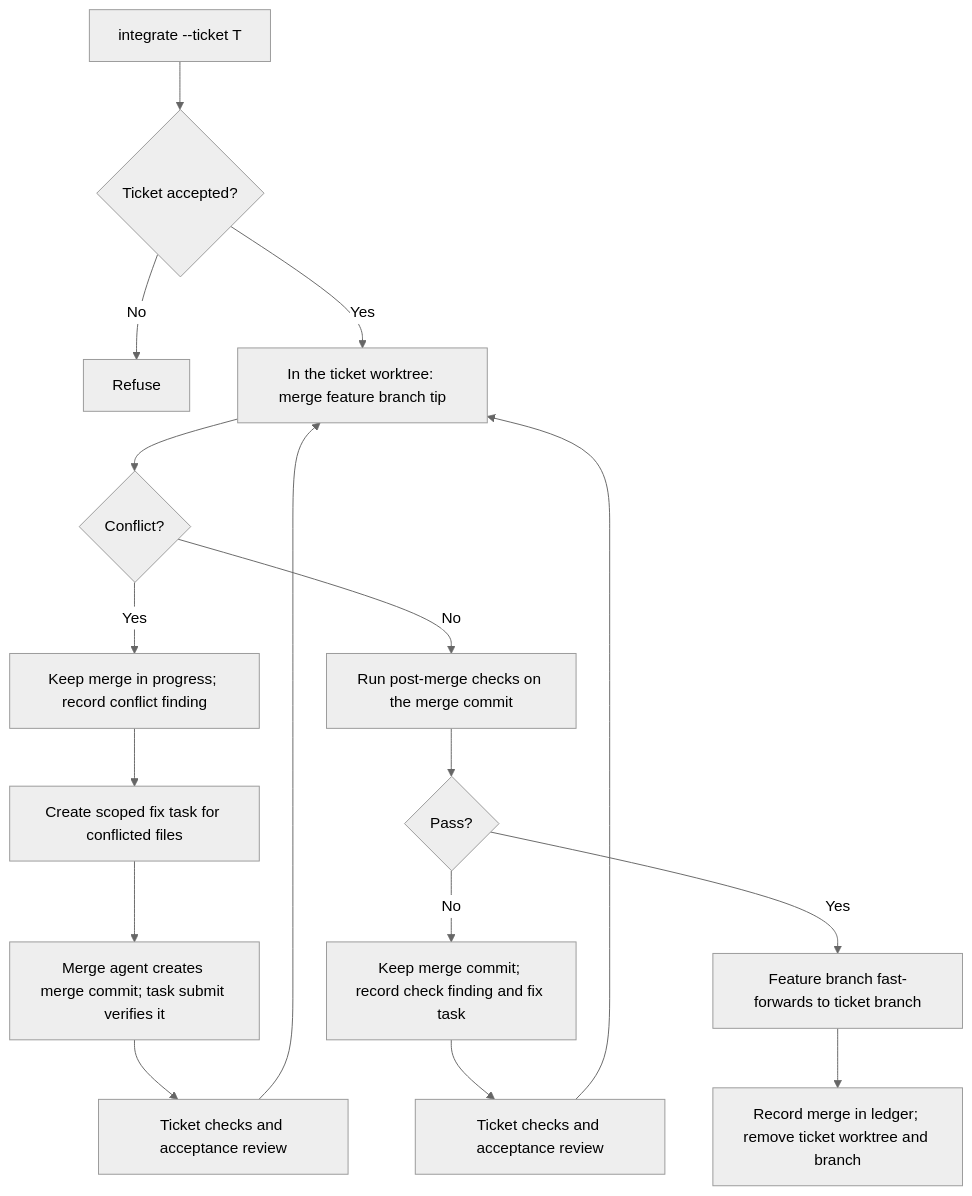
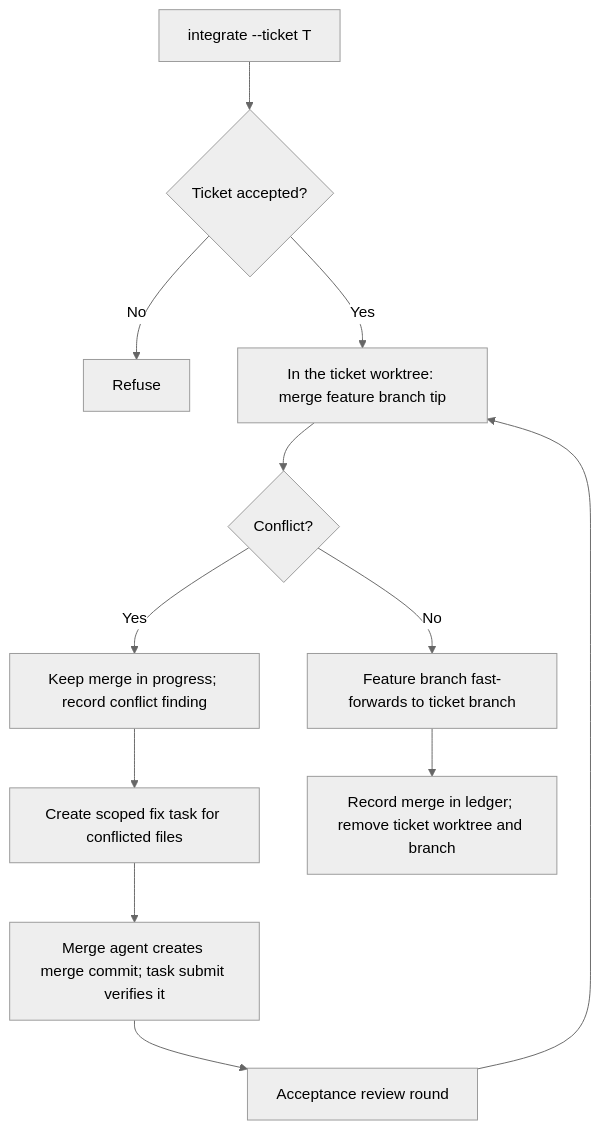
One commit to UseTheFork/spindle changed the sixth of 7 diagrams in SDD-WORKFLOWS.md. Above: the diagram before and after it, drawn with Mermaid (neutral theme). The commit also changed other lines of this file, not shown here.

````diff
--- a/SDD-WORKFLOWS.md
+++ b/SDD-WORKFLOWS.md
@@ -452,19 +435,14 @@
 ```mermaid
 flowchart TD
     A["integrate --ticket T"] --> B{"Ticket accepted?"}
     B -->|"No"| Z["Refuse"]
     B -->|"Yes"| C["In the ticket worktree: merge feature branch tip"]
     C --> D{"Conflict?"}
     D -->|"Yes"| E["Keep merge in progress; record conflict finding"]
     E --> F["Create scoped fix task for conflicted files"]
     F --> G["Merge agent creates merge commit; task submit verifies it"]
-    G --> H["Ticket checks and acceptance review"]
+    G --> H["Acceptance review round"]
     H --> C
-    D -->|"No"| I["Run post-merge checks on the merge commit"]
-    I --> J{"Pass?"}
-    J -->|"No"| K["Keep merge commit; record check finding and fix task"]
-    K --> L["Ticket checks and acceptance review"]
-    L --> C
-    J -->|"Yes"| M["Feature branch fast-forwards to ticket branch"]
+    D -->|"No"| M["Feature branch fast-forwards to ticket branch"]
     M --> N["Record merge in ledger; remove ticket worktree and branch"]
 ```
````
